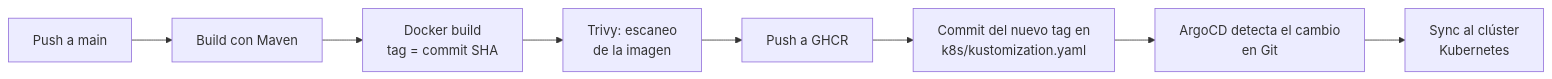
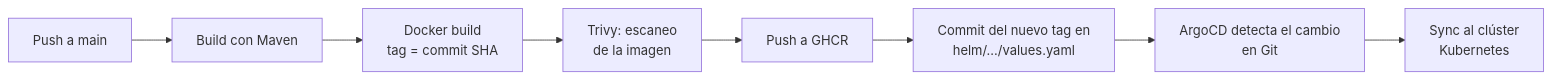
One commit to Oscargt85/PruebaDevSecOps changed the diagram in README.md. Above: the diagram before and after it, drawn with Mermaid. The commit also changed other lines of this file and 12 other files, not shown here.

Commit message:
feat: se agrega contenido de README.md y ejemplo de values.yaml

````diff
--- a/README.md
+++ b/README.md
@@ -9,10 +7,10 @@
 ```mermaid
 flowchart LR
     A[Push a main] --> B[Build con Maven]
     B --> C[Docker build<br/>tag = commit SHA]
     C --> D[Trivy: escaneo<br/>de la imagen]
     D --> E[Push a GHCR]
-    E --> F[Commit del nuevo tag en<br/>k8s/kustomization.yaml]
+    E --> F[Commit del nuevo tag en<br/>helm/.../values.yaml]
     F --> G[ArgoCD detecta el cambio<br/>en Git]
     G --> H[Sync al clúster<br/>Kubernetes]
 ```
````
